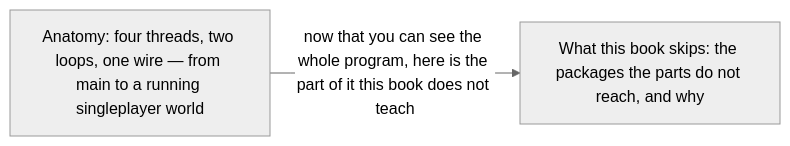
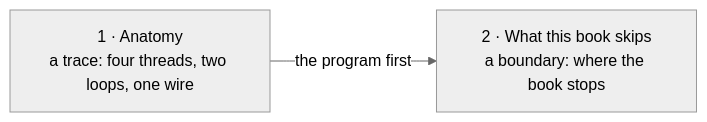
Before and after one commit to AlexanderjFraser/MinecraftDocs: the diagram in src/systems/anatomy/README.md, drawn with Mermaid (neutral theme). The commit also changed other lines of this file and 14 other files, not shown here.

````diff
--- a/src/systems/anatomy/README.md
+++ b/src/systems/anatomy/README.md
@@ -26,6 +26,6 @@
 ```mermaid
 flowchart LR
-    A["Anatomy: four threads, two loops, one wire — from main to a running singleplayer world"]
-    B["What this book skips: the packages the parts do not reach, and why"]
-    A -- "now that you can see the whole program, here is the part of it this book does not teach" --> B
+    A["1 · Anatomy<br/>a trace: four threads, two loops, one wire"]
+    B["2 · What this book skips<br/>a boundary: where the book stops"]
+    A -- "the program first" --> B
 ```
````
